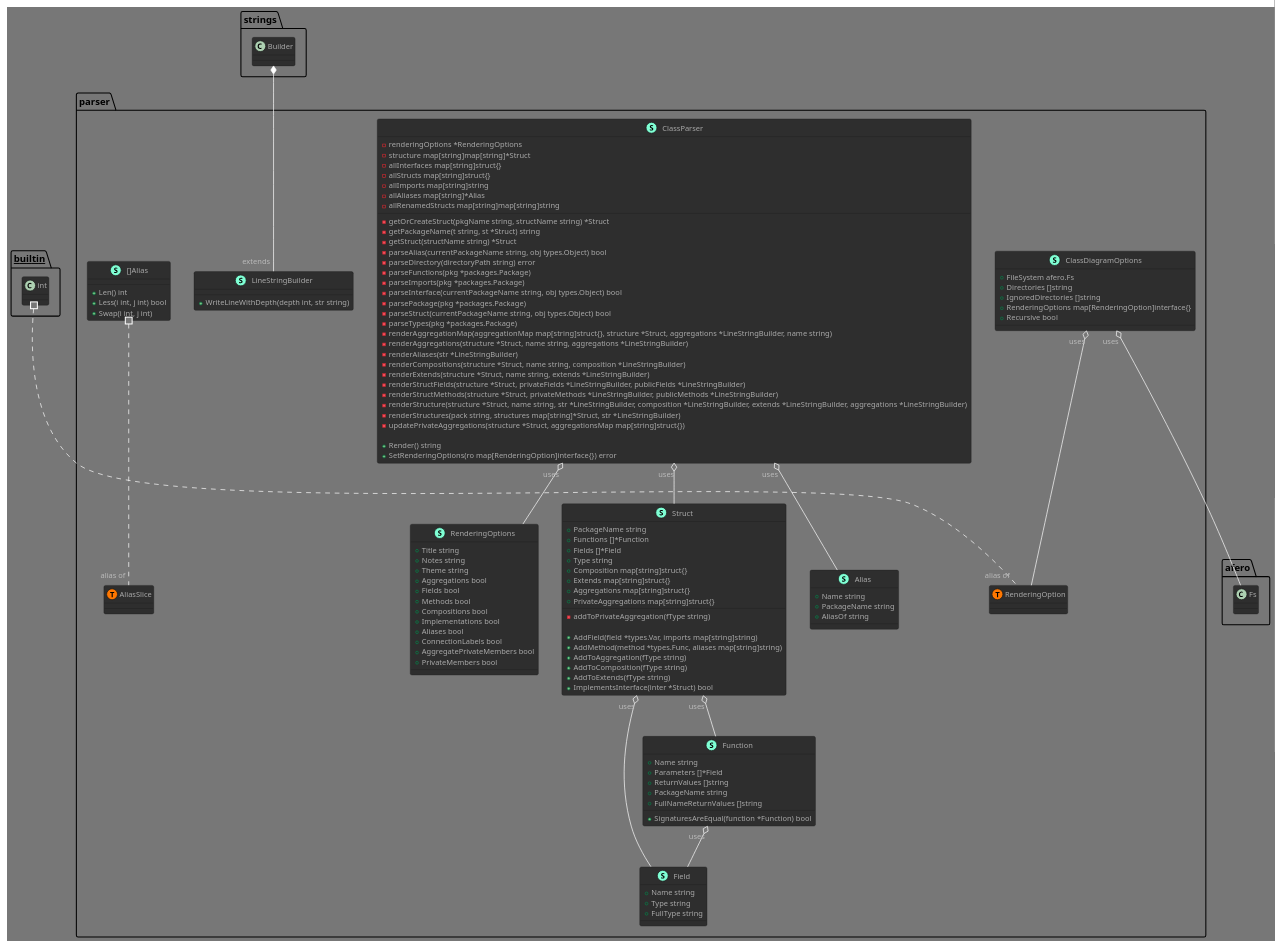
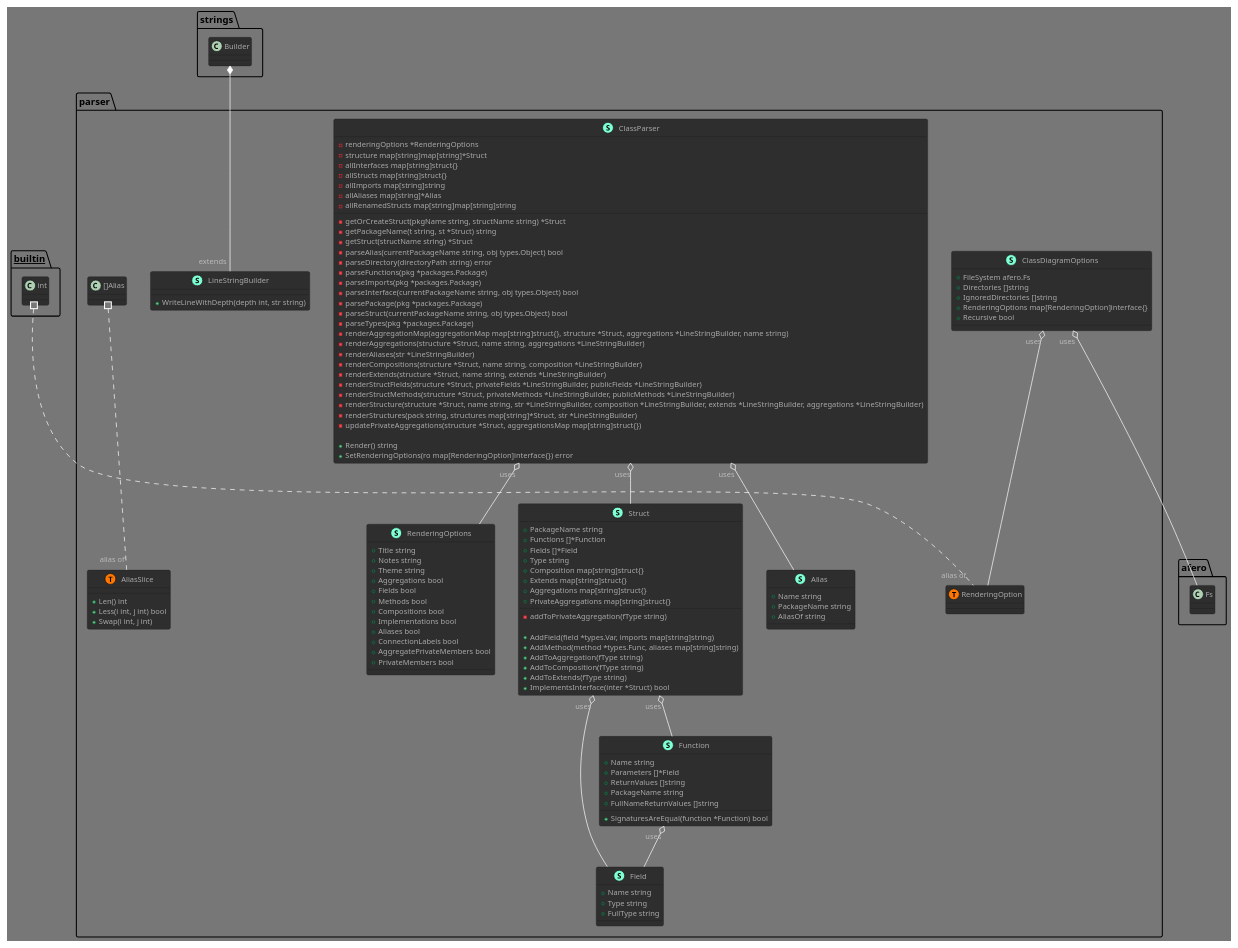
One commit to keisuke-m123/godiagramgen changed the diagram in ParserDiagram.puml. Above: the diagram before and after it, drawn with PlantUML. The commit also changed 6 other files, not shown here.

```diff
--- a/ParserDiagram.puml
+++ b/ParserDiagram.puml
@@ -1,136 +1,136 @@
 @startuml
 !theme reddress-darkorange
 skinparam class {
   attributeIconSize 8
 }
 namespace parser {
     class Alias << (S,Aquamarine) >> {
         + Name string
         + PackageName string
         + AliasOf string
+
+    }
+    class AliasSlice << (S,Aquamarine) >> {
+        + Len() int
+        + Less(i int, j int) bool
+        + Swap(i int, j int)
 
     }
     class ClassDiagramOptions << (S,Aquamarine) >> {
         + FileSystem afero.Fs
         + Directories []string
         + IgnoredDirectories []string
         + RenderingOptions map[RenderingOption]interface{}
         + Recursive bool
 
     }
     class ClassParser << (S,Aquamarine) >> {
         - renderingOptions *RenderingOptions
         - structure map[string]map[string]*Struct
         - allInterfaces map[string]struct{}
         - allStructs map[string]struct{}
         - allImports map[string]string
         - allAliases map[string]*Alias
         - allRenamedStructs map[string]map[string]string
 
         - getOrCreateStruct(pkgName string, structName string) *Struct
         - getPackageName(t string, st *Struct) string
         - getStruct(structName string) *Struct
         - parseAlias(currentPackageName string, obj types.Object) bool
         - parseDirectory(directoryPath string) error
         - parseFunctions(pkg *packages.Package)
         - parseImports(pkg *packages.Package)
         - parseInterface(currentPackageName string, obj types.Object) bool
         - parsePackage(pkg *packages.Package)
         - parseStruct(currentPackageName string, obj types.Object) bool
         - parseTypes(pkg *packages.Package)
         - renderAggregationMap(aggregationMap map[string]struct{}, structure *Struct, aggregations *LineStringBuilder, name string)
         - renderAggregations(structure *Struct, name string, aggregations *LineStringBuilder)
         - renderAliases(str *LineStringBuilder)
         - renderCompositions(structure *Struct, name string, composition *LineStringBuilder)
         - renderExtends(structure *Struct, name string, extends *LineStringBuilder)
         - renderStructFields(structure *Struct, privateFields *LineStringBuilder, publicFields *LineStringBuilder)
         - renderStructMethods(structure *Struct, privateMethods *LineStringBuilder, publicMethods *LineStringBuilder)
         - renderStructure(structure *Struct, name string, str *LineStringBuilder, composition *LineStringBuilder, extends *LineStringBuilder, aggregations *LineStringBuilder)
         - renderStructures(pack string, structures map[string]*Struct, str *LineStringBuilder)
         - updatePrivateAggregations(structure *Struct, aggregationsMap map[string]struct{})
 
         + Render() string
         + SetRenderingOptions(ro map[RenderingOption]interface{}) error
 
     }
     class Field << (S,Aquamarine) >> {
         + Name string
         + Type string
         + FullType string
 
     }
     class Function << (S,Aquamarine) >> {
         + Name string
         + Parameters []*Field
         + ReturnValues []string
         + PackageName string
         + FullNameReturnValues []string
 
         + SignaturesAreEqual(function *Function) bool
 
     }
     class LineStringBuilder << (S,Aquamarine) >> {
         + WriteLineWithDepth(depth int, str string)
 
     }
     class RenderingOptions << (S,Aquamarine) >> {
         + Title string
         + Notes string
         + Theme string
         + Aggregations bool
         + Fields bool
         + Methods bool
         + Compositions bool
         + Implementations bool
         + Aliases bool
         + ConnectionLabels bool
         + AggregatePrivateMembers bool
         + PrivateMembers bool
 
     }
     class Struct << (S,Aquamarine) >> {
         + PackageName string
         + Functions []*Function
         + Fields []*Field
         + Type string
         + Composition map[string]struct{}
         + Extends map[string]struct{}
         + Aggregations map[string]struct{}
         + PrivateAggregations map[string]struct{}
 
         - addToPrivateAggregation(fType string)
 
         + AddField(field *types.Var, imports map[string]string)
         + AddMethod(method *types.Func, aliases map[string]string)
         + AddToAggregation(fType string)
         + AddToComposition(fType string)
         + AddToExtends(fType string)
         + ImplementsInterface(inter *Struct) bool
 
     }
-    class []Alias << (S,Aquamarine) >> {
-        + Len() int
-        + Less(i int, j int) bool
-        + Swap(i int, j int)
-
-    }
     class parser.AliasSlice << (T, #FF7700) >>  {
     }
     class parser.RenderingOption << (T, #FF7700) >>  {
     }
 }
 "strings.Builder" *-- "extends""parser.LineStringBuilder"
 
 
 "parser.ClassDiagramOptions""uses" o-- "afero.Fs"
 "parser.ClassDiagramOptions""uses" o-- "parser.RenderingOption"
 "parser.ClassParser""uses" o-- "parser.Alias"
 "parser.ClassParser""uses" o-- "parser.RenderingOptions"
 "parser.ClassParser""uses" o-- "parser.Struct"
 "parser.Function""uses" o-- "parser.Field"
 "parser.Struct""uses" o-- "parser.Field"
 "parser.Struct""uses" o-- "parser.Function"
 
 "__builtin__.int" #.. "alias of""parser.RenderingOption"
 "parser.[]Alias" #.. "alias of""parser.AliasSlice"
 @enduml
```
